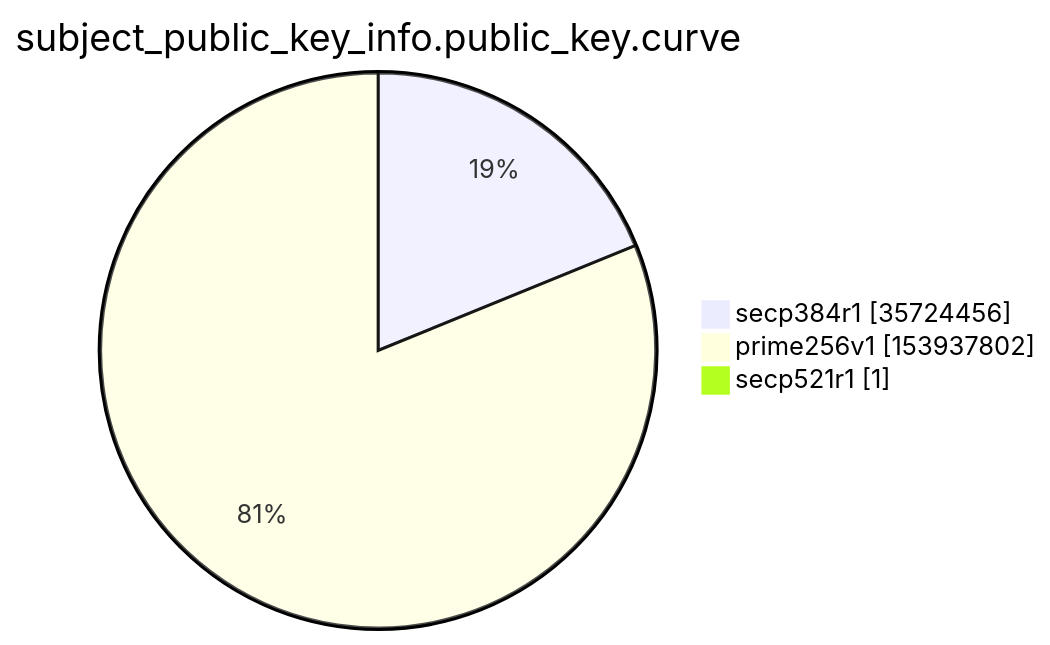
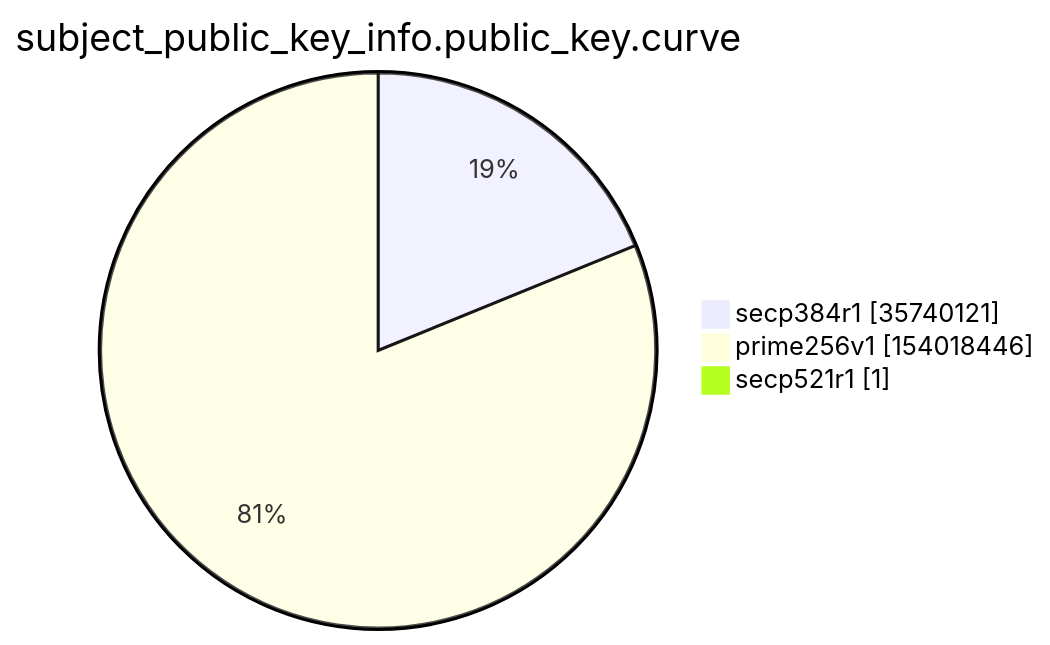
One commit to christiankrug/ctmonitor_visualization changed the ninth of 15 diagrams in argon2022/README.md. Above: the diagram before and after it, drawn with Mermaid. The commit also changed other lines of this file, not shown here.

````diff
--- a/argon2022/README.md
+++ b/argon2022/README.md
@@ -2765,7 +2765,7 @@
 ```mermaid
 pie showData
 title subject_public_key_info.public_key.curve
-"secp384r1" :35724456
-"prime256v1" :153937802
+"secp384r1" :35740121
+"prime256v1" :154018446
 "secp521r1" :1
 ```
````
